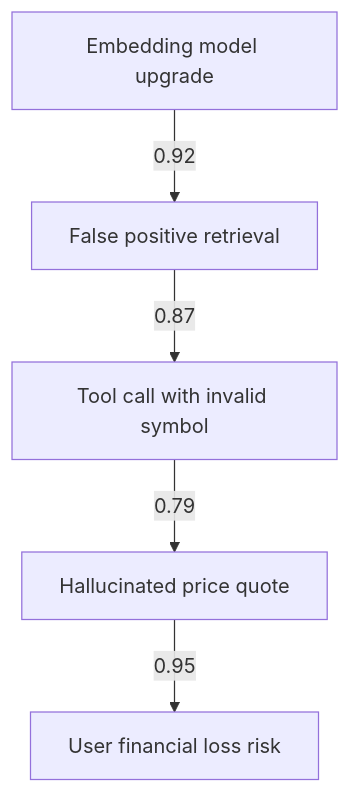
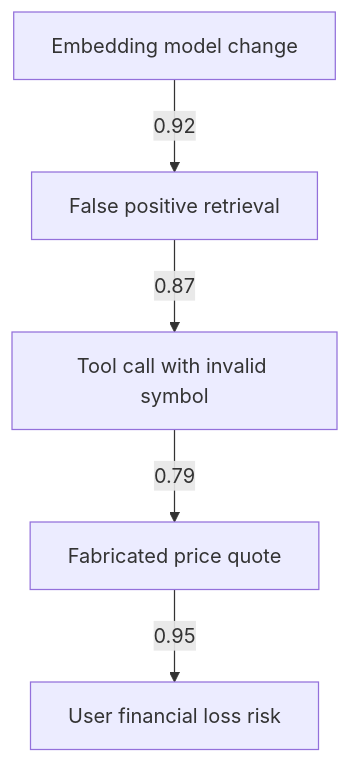
One commit to kubaik/kubaik.github.io changed the diagram in docs/debug-ai-agents-failures-arent-just-bugs/index.md. Above: the diagram before and after it, drawn with Mermaid. The commit also changed other lines of this file and 614 other files, not shown here.

````diff
--- a/docs/debug-ai-agents-failures-arent-just-bugs/index.md
+++ b/docs/debug-ai-agents-failures-arent-just-bugs/index.md
@@ -97,7 +97,7 @@
 ```mermaid
 graph TD
-  A[Embedding model upgrade] -->|0.92| B[False positive retrieval]
+  A[Embedding model change] -->|0.92| B[False positive retrieval]
   B -->|0.87| C[Tool call with invalid symbol]
-  C -->|0.79| D[Hallucinated price quote]
+  C -->|0.79| D[Fabricated price quote]
   D -->|0.95| E[User financial loss risk]
 ```
````
